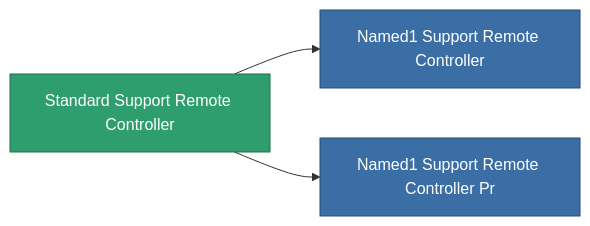
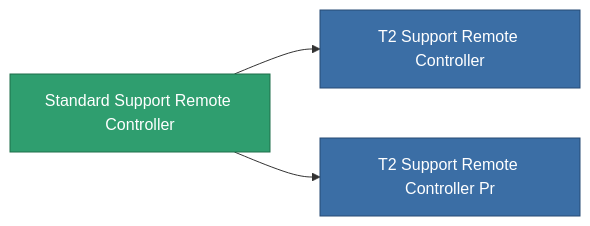
Before and after one commit to OpenPerpetuum/Wiki: the diagram in content/content/items/standard_support_remote_controller.md, drawn with Mermaid. The commit also changed other lines of this file and 4904 other files, not shown here.

````diff
--- a/content/content/items/standard_support_remote_controller.md
+++ b/content/content/items/standard_support_remote_controller.md
@@ -68,13 +56,13 @@
 ```mermaid
 graph LR
     a["Standard Support Remote Controller"]:::current
-    b["Named1 Support Remote Controller"]:::prod
+    b["T2 Support Remote Controller"]:::prod
     a --> b
-    click b "/content/items/named1-support-remote-controller/" "Named1 Support Remote Controller"
-    c["Named1 Support Remote Controller Pr"]:::prod
+    click b "/content/items/named1-support-remote-controller/" "T2 Support Remote Controller"
+    c["T2 Support Remote Controller Pr"]:::prod
     a --> c
-    click c "/content/items/named1-support-remote-controller-pr/" "Named1 Support Remote Controller Pr"
+    click c "/content/items/named1-support-remote-controller-pr/" "T2 Support Remote Controller Pr"
     classDef current fill:#2f9e6f,stroke:#1f6f4a,color:#ffffff
     classDef prod fill:#3b6ea5,stroke:#274a75,color:#ffffff
     classDef more fill:#39445a,stroke:#54658a,color:#d5dbe8
 ```
````
